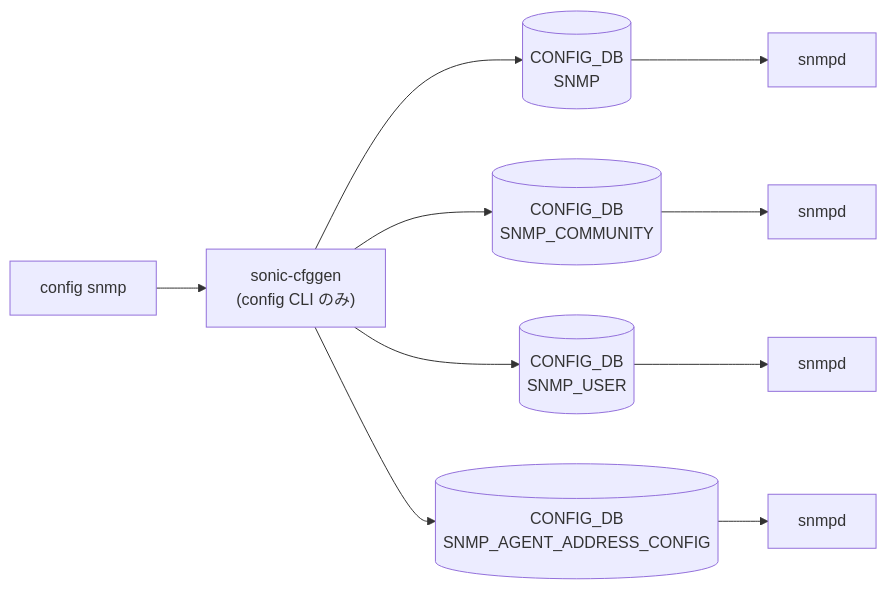
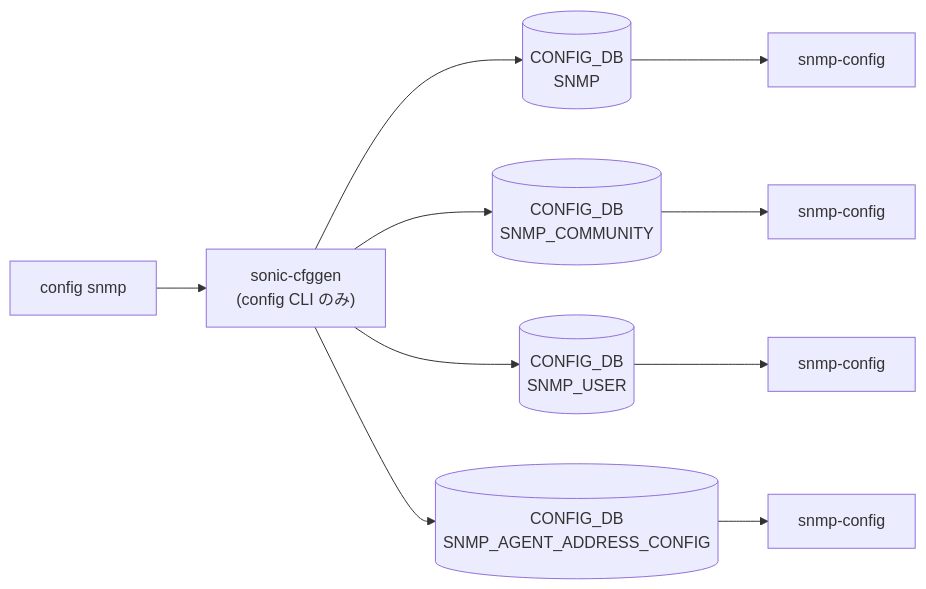
The diagram in docs/reference/cli/config-snmp.md (aoki-taquan/sonic-unofficial-docs), drawn with Mermaid before and after one commit. The commit also changed 26 other files, not shown here.

First line of the commit message:
chore(cli): add cli-mermaid blocks to remaining 20 CLI reference pages

````diff
--- a/docs/reference/cli/config-snmp.md
+++ b/docs/reference/cli/config-snmp.md
@@ -204,22 +204,22 @@
 ```mermaid
 flowchart LR
   CLI["config snmp"]
   SC["sonic-cfggen<br/>(config CLI のみ)"]
   CLI --> SC
   CDB0[("CONFIG_DB<br/>SNMP")]
   SC --> CDB0
-  DM0["snmpd"]
+  DM0["snmp-config"]
   CDB0 --> DM0
   CDB1[("CONFIG_DB<br/>SNMP_COMMUNITY")]
   SC --> CDB1
-  DM1["snmpd"]
+  DM1["snmp-config"]
   CDB1 --> DM1
   CDB2[("CONFIG_DB<br/>SNMP_USER")]
   SC --> CDB2
-  DM2["snmpd"]
+  DM2["snmp-config"]
   CDB2 --> DM2
   CDB3[("CONFIG_DB<br/>SNMP_AGENT_ADDRESS_CONFIG")]
   SC --> CDB3
-  DM3["snmpd"]
+  DM3["snmp-config"]
   CDB3 --> DM3
 ```
````
